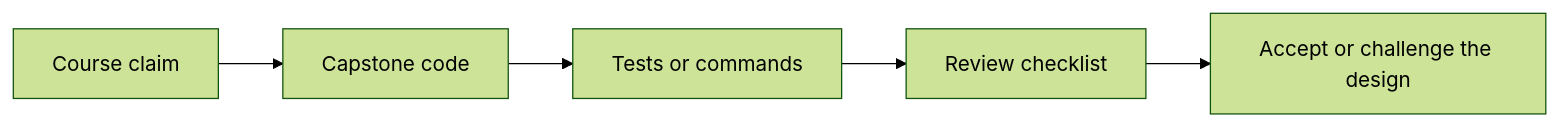
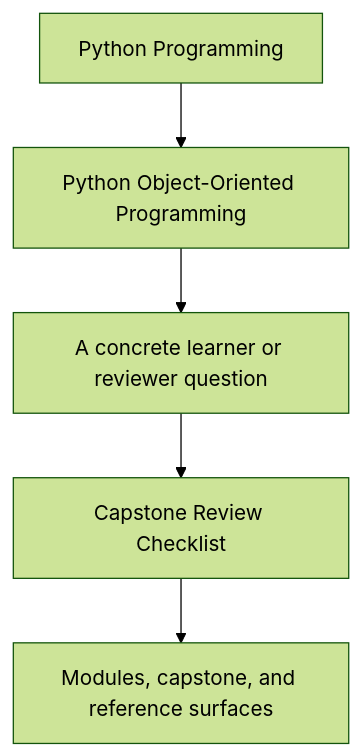
The first of 2 diagrams in programs/python-programming/python-object-oriented-programming/course-book/guides/capstone-review-checklist.md (bijux/bijux-masterclass), drawn with Mermaid (forest theme) before and after one commit. The commit also changed other lines of this file and 23 other files, not shown here.

Commit message:
docs(python-object-oriented-programming): sharpen guide and reference diagrams

````diff
--- a/programs/python-programming/python-object-oriented-programming/course-book/guides/capstone-review-checklist.md
+++ b/programs/python-programming/python-object-oriented-programming/course-book/guides/capstone-review-checklist.md
@@ -7,7 +7,7 @@
 ```mermaid
-graph LR
-  claim["Course claim"] --> code["Capstone code"]
-  code --> proof["Tests or commands"]
-  proof --> review["Review checklist"]
-  review --> decision["Accept or challenge the design"]
+flowchart TD
+  family["Python Programming"] --> program["Python Object-Oriented Programming"]
+  program --> pressure["A concrete learner or reviewer question"]
+  pressure --> guide["Capstone Review Checklist"]
+  guide --> next["Modules, capstone, and reference surfaces"]
 ```
````
